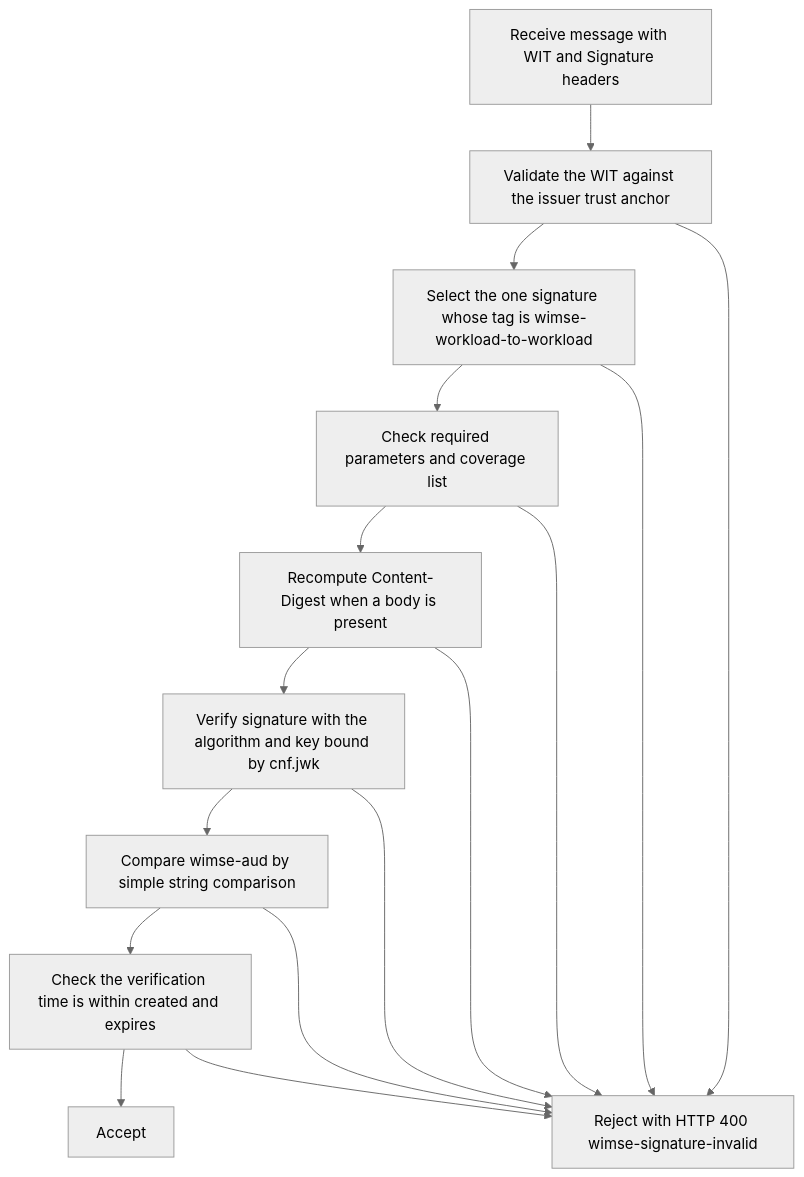
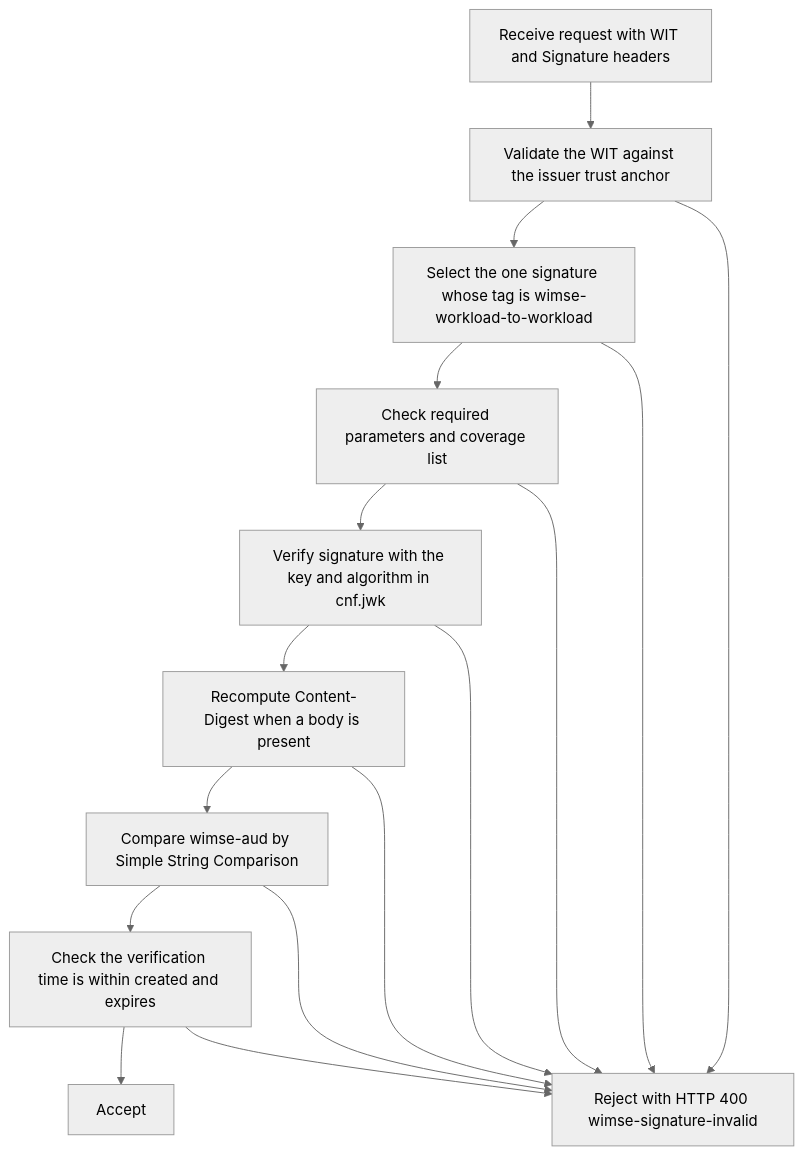
One commit to 0-draft/identity-deep-dive changed the diagram in tracks/ietf-wimse/deep-dives/draft-miao-wimse-http-signature-test-vectors/README.ja.md. Above: the diagram before and after it, drawn with Mermaid (neutral theme). The commit also changed other lines of this file and 1 other file, not shown here.

Commit message:
docs(ietf-wimse): check test-vector deep dive against -00, -08, -09 and the WIMSE list

````diff
--- a/tracks/ietf-wimse/deep-dives/draft-miao-wimse-http-signature-test-vectors/README.ja.md
+++ b/tracks/ietf-wimse/deep-dives/draft-miao-wimse-http-signature-test-vectors/README.ja.md
@@ -11,18 +11,18 @@
 ```mermaid
 flowchart TD
-    A[Receive message with WIT and Signature headers] --> B[Validate the WIT against the issuer trust anchor]
+    A[Receive request with WIT and Signature headers] --> B[Validate the WIT against the issuer trust anchor]
     B --> C[Select the one signature whose tag is wimse-workload-to-workload]
     C --> D[Check required parameters and coverage list]
-    D --> E[Recompute Content-Digest when a body is present]
-    E --> F[Verify signature with the algorithm and key bound by cnf.jwk]
-    F --> G[Compare wimse-aud by simple string comparison]
+    D --> E[Verify signature with the key and algorithm in cnf.jwk]
+    E --> F[Recompute Content-Digest when a body is present]
+    F --> G[Compare wimse-aud by Simple String Comparison]
     G --> H[Check the verification time is within created and expires]
     H --> I[Accept]
     B --> X[Reject with HTTP 400 wimse-signature-invalid]
     C --> X
     D --> X
     E --> X
     F --> X
     G --> X
     H --> X
 ```
````
